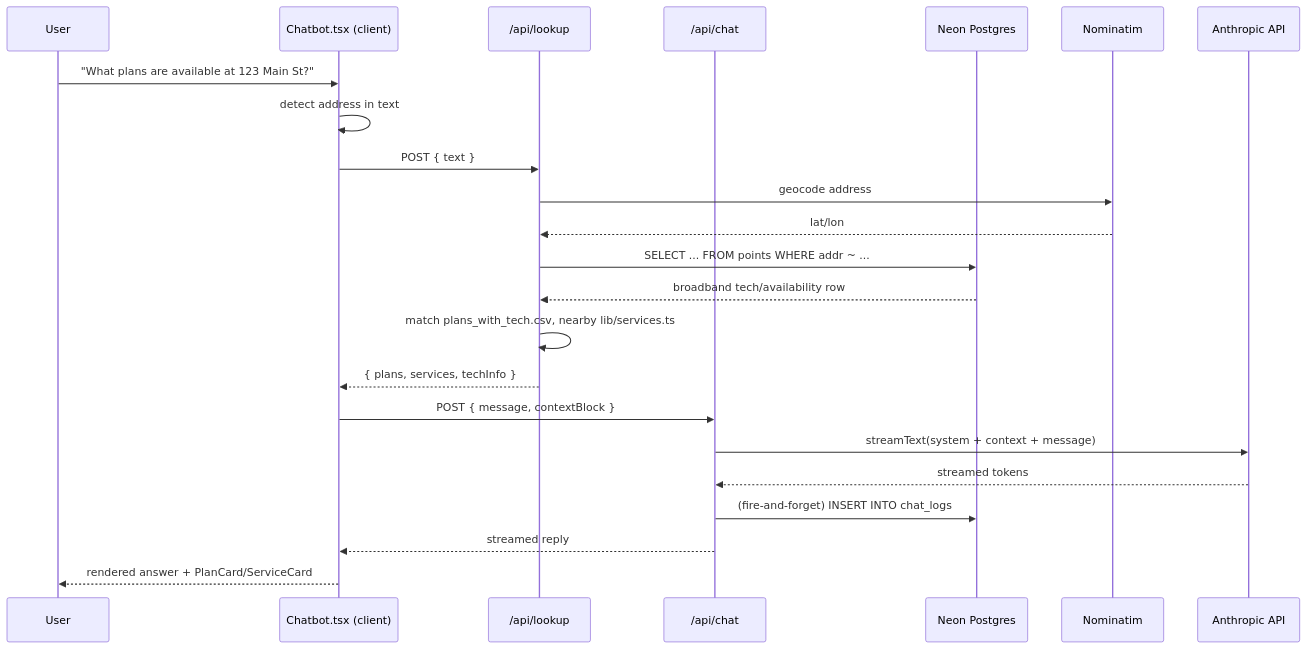
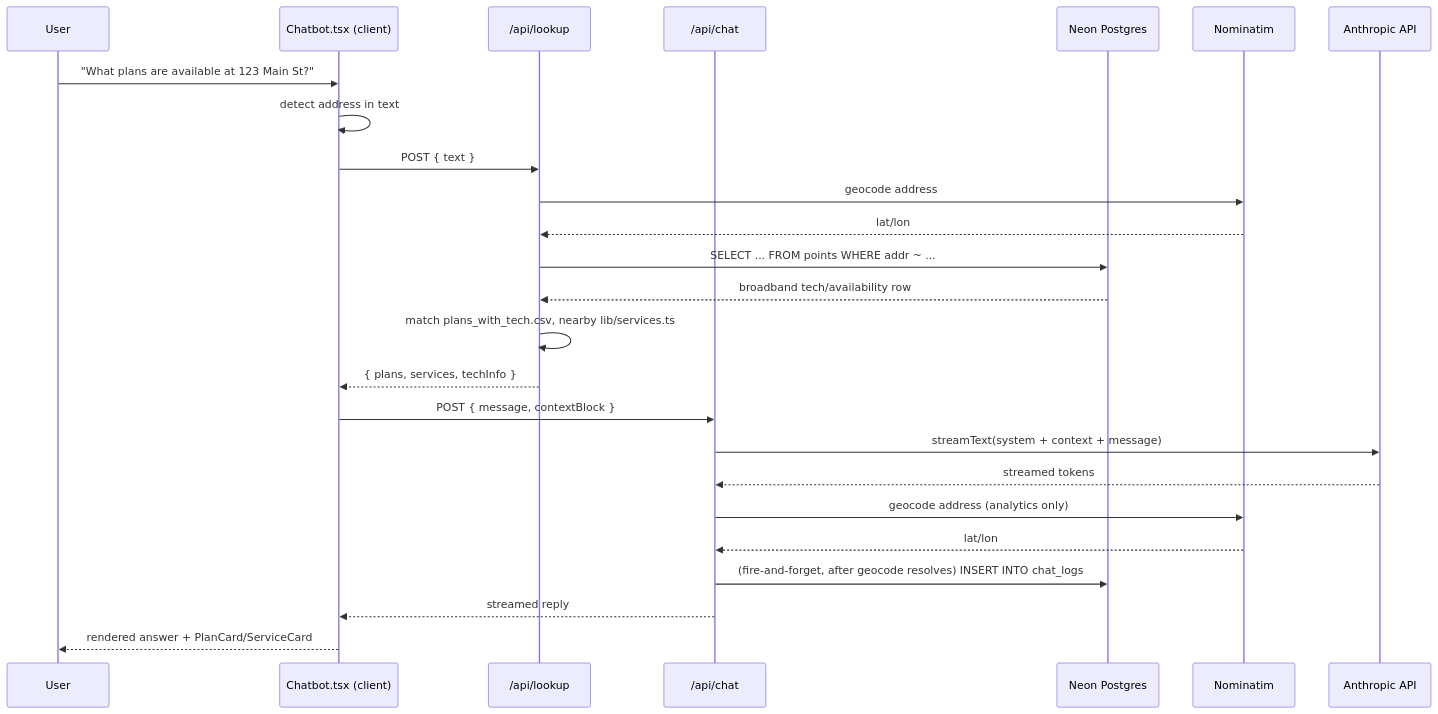
The second of 3 diagrams in ARCHITECTURE.md (HRAAdvisors/cc-chatbot-dev), drawn with Mermaid before and after one commit. The commit also changed other lines of this file and 6 other files, not shown here.

````diff
--- a/ARCHITECTURE.md
+++ b/ARCHITECTURE.md
@@ -129,26 +151,28 @@
 ```mermaid
 sequenceDiagram
     participant User
     participant Chatbot as Chatbot.tsx (client)
     participant Lookup as /api/lookup
     participant Chat as /api/chat
     participant DB as Neon Postgres
     participant Nom as Nominatim
     participant Claude as Anthropic API
 
     User->>Chatbot: "What plans are available at 123 Main St?"
     Chatbot->>Chatbot: detect address in text
     Chatbot->>Lookup: POST { text }
     Lookup->>Nom: geocode address
     Nom-->>Lookup: lat/lon
     Lookup->>DB: SELECT ... FROM points WHERE addr ~ ...
     DB-->>Lookup: broadband tech/availability row
     Lookup->>Lookup: match plans_with_tech.csv, nearby lib/services.ts
     Lookup-->>Chatbot: { plans, services, techInfo }
     Chatbot->>Chat: POST { message, contextBlock }
     Chat->>Claude: streamText(system + context + message)
     Claude-->>Chat: streamed tokens
-    Chat->>DB: (fire-and-forget) INSERT INTO chat_logs
+    Chat->>Nom: geocode address (analytics only)
+    Nom-->>Chat: lat/lon
+    Chat->>DB: (fire-and-forget, after geocode resolves) INSERT INTO chat_logs
     Chat-->>Chatbot: streamed reply
     Chatbot-->>User: rendered answer + PlanCard/ServiceCard
 ```
````
